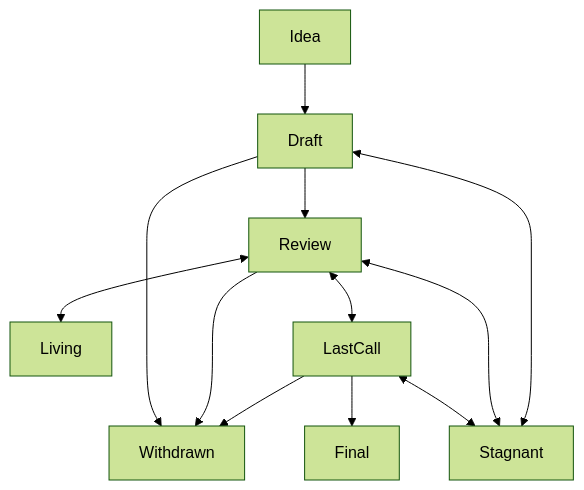
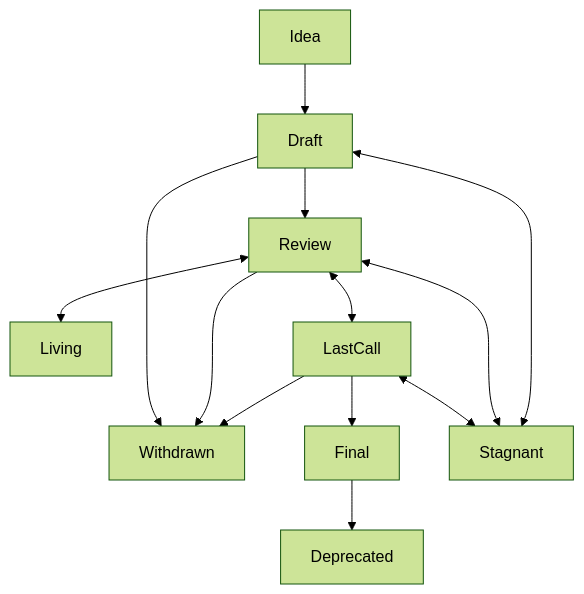
One commit to decentraland/adr changed the diagram in content/ADR-1-adr-process.md. Above: the diagram before and after it, drawn with Mermaid (forest theme). The commit also changed other lines of this file and 4 other files, not shown here.

````diff
--- a/content/ADR-1-adr-process.md
+++ b/content/ADR-1-adr-process.md
@@ -48,18 +48,20 @@
 ```mermaid
 flowchart TB
     Draft --> Withdrawn
     Idea --> Draft
 
     Draft --> Review
     Review <--> Living
     Review <--> LastCall
     LastCall --> Final
 
     Review --> Withdrawn
     LastCall --> Withdrawn
 
     LastCall <--> Stagnant
     Review <--> Stagnant
     Draft <--> Stagnant
 
+    Final --> Deprecated
+
 ```
````
